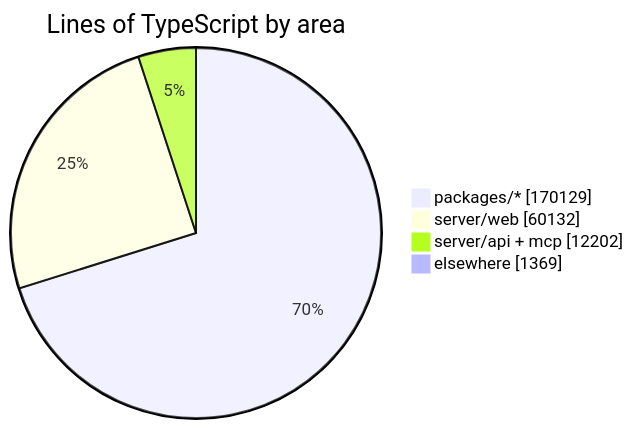
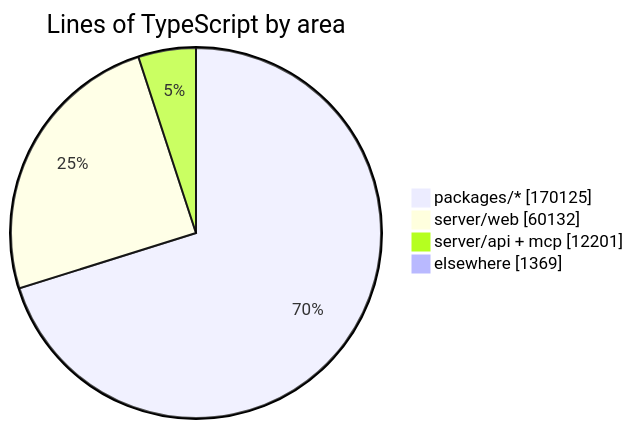
The diagram in README.md (crossworks-engineering/mantle), drawn with Mermaid before and after one commit. The commit also changed other lines of this file and 2 other files, not shown here.

````diff
--- a/README.md
+++ b/README.md
@@ -279,7 +279,7 @@
 ```mermaid
 pie showData title Lines of TypeScript by area
-    "packages/*" : 170129
+    "packages/*" : 170125
     "server/web" : 60132
-    "server/api + mcp" : 12202
+    "server/api + mcp" : 12201
     "elsewhere" : 1369
 ```
````
